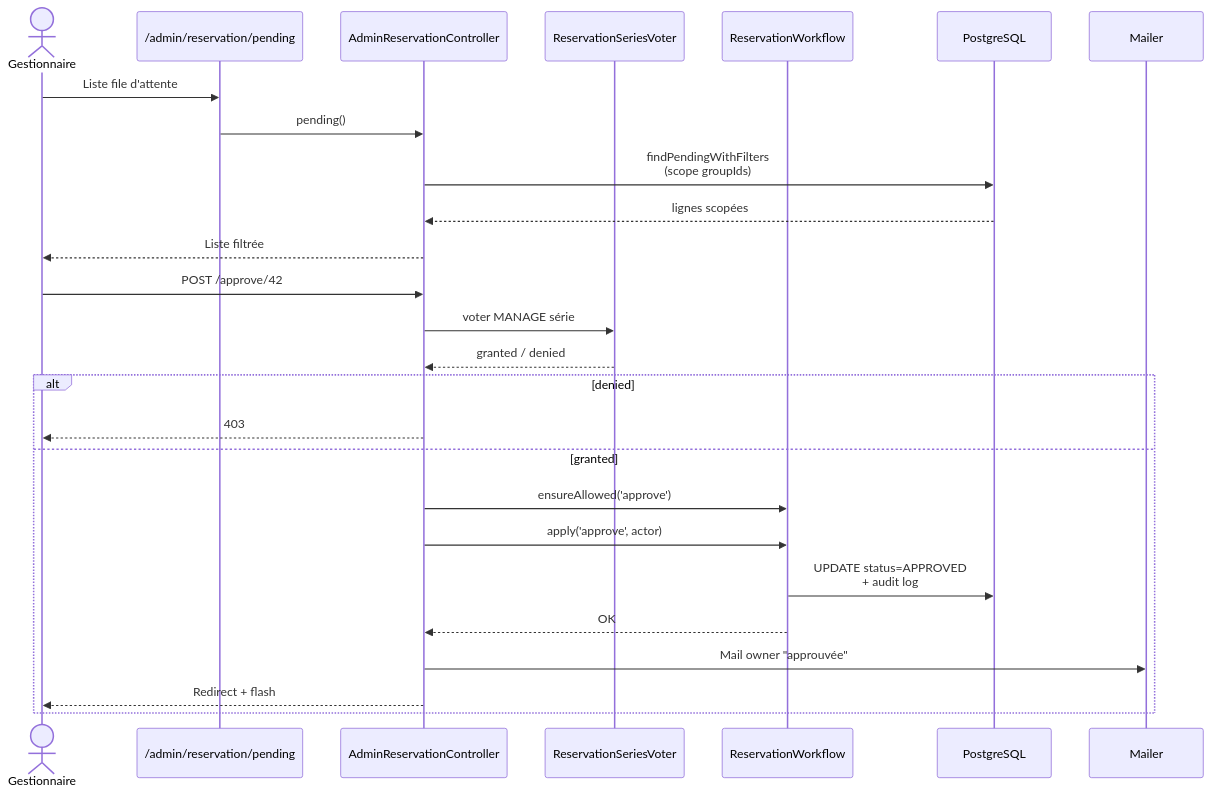
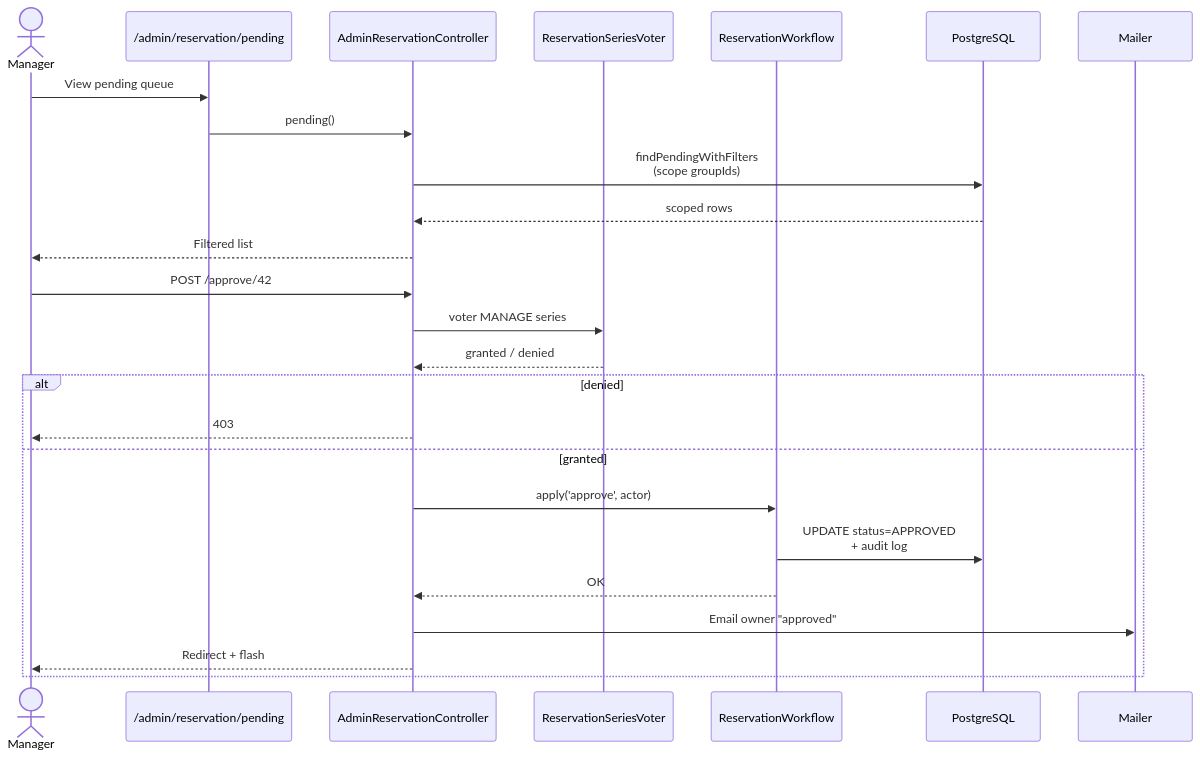
The fifth of 5 diagrams in docs/01-architecture.md (Betus971/Librebooking-Symfony), drawn with Mermaid before and after one commit. The commit also changed other lines of this file and 261 other files, not shown here.

Commit message:
feat: initial open source release with modern stack, Tailwind v4 and generic architecture

````diff
--- a/docs/01-architecture.md
+++ b/docs/01-architecture.md
@@ -422,30 +306,29 @@
 ```mermaid
 sequenceDiagram
-    actor G as Gestionnaire
+    actor M as Manager
     participant L as /admin/reservation/pending
     participant C as AdminReservationController
     participant V as ReservationSeriesVoter
     participant W as ReservationWorkflow
     participant DB as PostgreSQL
-    participant M as Mailer
+    participant Mail as Mailer
 
-    G->>L: Liste file d'attente
+    M->>L: View pending queue
     L->>C: pending()
     C->>DB: findPendingWithFilters<br>(scope groupIds)
-    DB-->>C: lignes scopées
-    C-->>G: Liste filtrée
+    DB-->>C: scoped rows
+    C-->>M: Filtered list
 
-    G->>C: POST /approve/42
-    C->>V: voter MANAGE série #42
+    M->>C: POST /approve/42
+    C->>V: voter MANAGE series #42
     V-->>C: granted / denied
     alt denied
-        C-->>G: 403
+        C-->>M: 403
     else granted
-        C->>W: ensureAllowed('approve')
         C->>W: apply('approve', actor)
         W->>DB: UPDATE status=APPROVED<br>+ audit log
         W-->>C: OK
-        C->>M: Mail owner "approuvée"
-        C-->>G: Redirect + flash
+        C->>Mail: Email owner "approved"
+        C-->>M: Redirect + flash
     end
 ```
````
